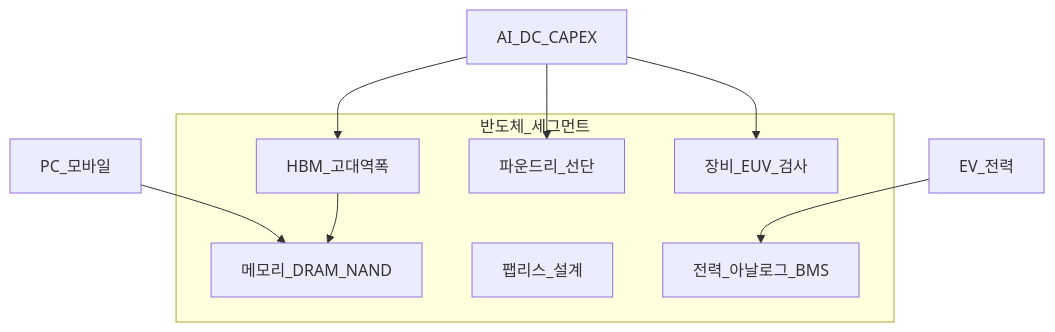
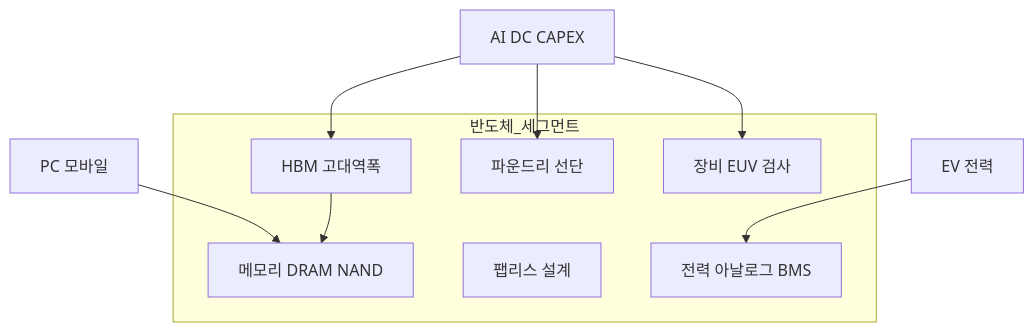
One commit to goldanghenry/Finances changed the first of 3 diagrams in 03-markets/sectors/semiconductor.md. Above: the diagram before and after it, drawn with Mermaid. The commit also changed other lines of this file and 211 other files, not shown here.

````diff
--- a/03-markets/sectors/semiconductor.md
+++ b/03-markets/sectors/semiconductor.md
@@ -128,17 +133,17 @@
 ```mermaid
 flowchart TB
   subgraph semi [반도체_세그먼트]
-    Mem[메모리_DRAM_NAND]
-    HB[HBM_고대역폭]
-    Found[파운드리_선단]
-    Fabless[팹리스_설계]
-    Equip[장비_EUV_검사]
-    Analog[전력_아날로그_BMS]
+    Mem["메모리 DRAM NAND"]
+    HB["HBM 고대역폭"]
+    Found["파운드리 선단"]
+    Fabless["팹리스 설계"]
+    Equip["장비 EUV 검사"]
+    Analog["전력 아날로그 BMS"]
   end
-  AI[AI_DC_CAPEX] --> HB
+  AI["AI DC CAPEX"] --> HB
   AI --> Found
   AI --> Equip
-  EV[EV_전력] --> Analog
-  PC[PC_모바일] --> Mem
+  EV["EV 전력"] --> Analog
+  PC["PC 모바일"] --> Mem
   HB --> Mem
 ```
````
